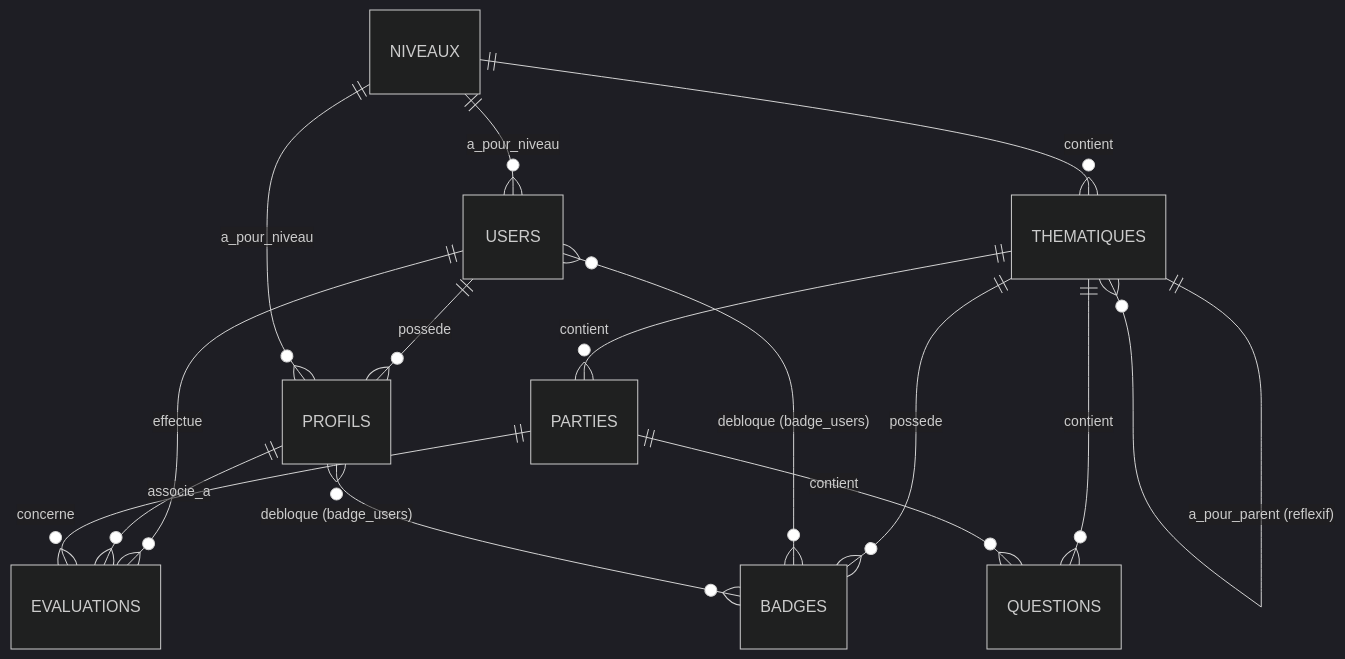
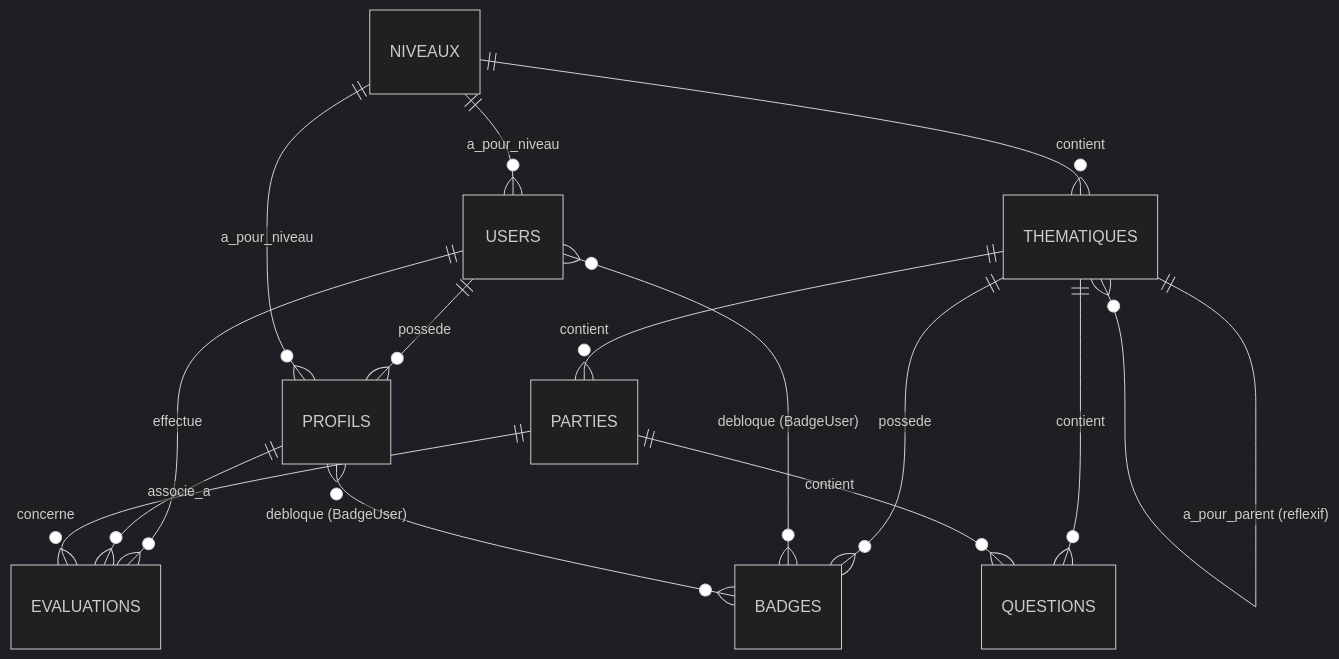
The diagram in README.md (Edithson/petit-sage-backend), drawn with Mermaid (dark theme) before and after one commit. The commit also changed other lines of this file, not shown here.

````diff
--- a/README.md
+++ b/README.md
@@ -59,17 +64,17 @@
 ```mermaid
 erDiagram
     USERS ||--o{ PROFILS : "possede"
     USERS ||--o{ EVALUATIONS : "effectue"
     PROFILS ||--o{ EVALUATIONS : "associe_a"
     NIVEAUX ||--o{ USERS : "a_pour_niveau"
     NIVEAUX ||--o{ PROFILS : "a_pour_niveau"
     NIVEAUX ||--o{ THEMATIQUES : "contient"
     THEMATIQUES ||--o{ THEMATIQUES : "a_pour_parent (reflexif)"
     THEMATIQUES ||--o{ PARTIES : "contient"
     THEMATIQUES ||--o{ QUESTIONS : "contient"
     THEMATIQUES ||--o{ BADGES : "possede"
     PARTIES ||--o{ QUESTIONS : "contient"
     PARTIES ||--o{ EVALUATIONS : "concerne"
-    USERS }o--o{ BADGES : "debloque (badge_users)"
-    PROFILS }o--o{ BADGES : "debloque (badge_users)"
+    USERS }o--o{ BADGES : "debloque (BadgeUser)"
+    PROFILS }o--o{ BADGES : "debloque (BadgeUser)"
 ```
````
